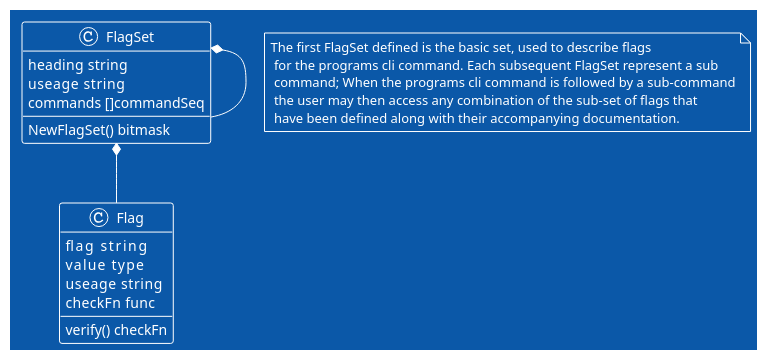
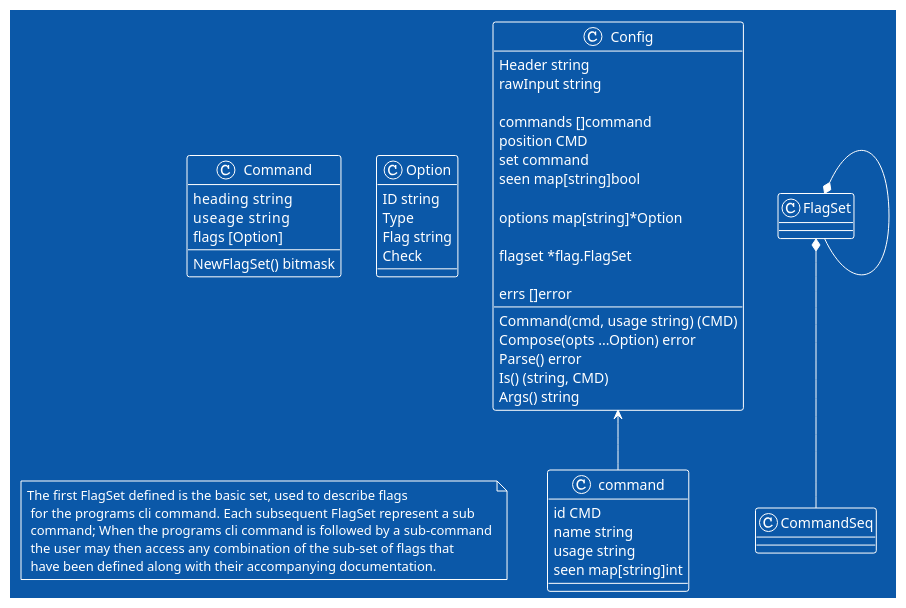
One commit to 8i8/conf changed the diagram in notes/conf.puml. Above: the diagram before and after it, drawn with PlantUML. The commit also changed 9 other files, not shown here.

```diff
--- a/notes/conf.puml
+++ b/notes/conf.puml
@@ -1,25 +1,55 @@
 @startuml
 
 !theme amiga
 
-class FlagSet {
+class Config {
+	Header string
+	rawInput string
+
+	commands []command
+	position CMD
+	set command
+	seen map[string]bool
+
+	options map[string]*Option
+
+	flagset *flag.FlagSet
+
+	errs []error
+
+	Command(cmd, usage string) (CMD)
+	Compose(opts ...Option) error
+	Parse() error
+	Is() (string, CMD)
+	Args() string
+}
+
+class command {
+	id CMD
+	name string
+	usage string
+	seen map[string]int
+}
+
+Config <-- command 
+
+class Command {
 	heading  string
 	useage   string
-	commands []commandSeq
+	flags [Option]
 	NewFlagSet() bitmask
+}
+
+class Option {
+	ID string
+	Type
+	Flag string
+	Check
 }
 
 note "The first FlagSet defined is the basic set, used to describe flags\n for the programs cli command. Each subsequent FlagSet represent a sub\n command; When the programs cli command is followed by a sub-command\n the user may then access any combination of the sub-set of flags that\n have been defined along with their accompanying documentation." as N1
 
-class Flag {
-	flag     string
-	value    type
-	useage   string
-	checkFn  func
-	verify() checkFn
-}
-
 FlagSet *-- FlagSet
-FlagSet *-- Flag
+FlagSet *-- CommandSeq
 
 @enduml
```
